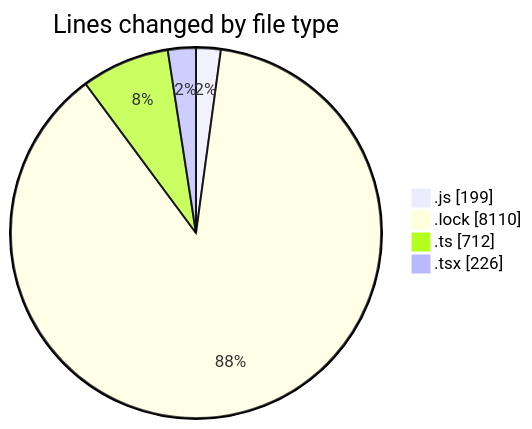
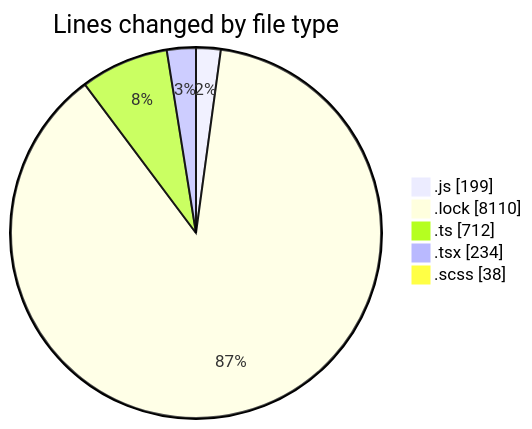
One commit to momahboobian/code-tracking changed the first of 2 diagrams in 2025-02-07/cda/README.md. Above: the diagram before and after it, drawn with Mermaid. The commit also changed other lines of this file and 1 other file, not shown here.

````diff
--- a/2025-02-07/cda/README.md
+++ b/2025-02-07/cda/README.md
@@ -39,8 +40,9 @@
 ```mermaid
 pie showData
 title Lines changed by file type
 ".js" : 199
 ".lock" : 8110
 ".ts" : 712
-".tsx" : 226
+".tsx" : 234
+".scss" : 38
 ```
````
